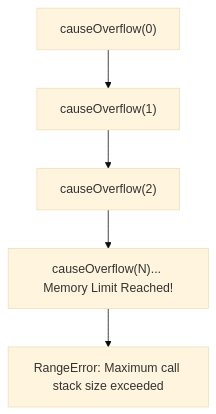
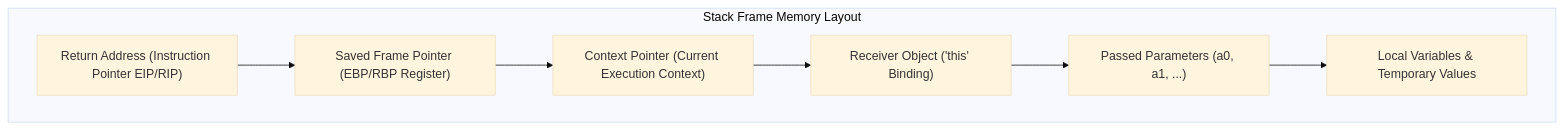
Before and after one commit to Amie-dev/engineering-playbook: the second of 4 diagrams in js-internals/05-call-stack-deep-dive.md, drawn with Mermaid (base theme). The commit also changed other lines of this file and 17 other files, not shown here.

````diff
--- a/js-internals/05-call-stack-deep-dive.md
+++ b/js-internals/05-call-stack-deep-dive.md
@@ -74,7 +29,10 @@
 ```mermaid
-flowchart TD
-    Rec1["causeOverflow(0)"] --> Rec2["causeOverflow(1)"]
-    Rec2 --> Rec3["causeOverflow(2)"]
-    Rec3 --> RecN["causeOverflow(N)... Memory Limit Reached!"]
-    RecN --> Crash["RangeError: Maximum call stack size exceeded"]
+graph TD
+    subgraph Stack Frame Memory Layout
+        RetAddr["Return Address (Instruction Pointer EIP/RIP)"] --> SavedFP["Saved Frame Pointer (EBP/RBP Register)"]
+        SavedFP --> ContextPtr["Context Pointer (Current Execution Context)"]
+        ContextPtr --> ReceiverThis["Receiver Object ('this' Binding)"]
+        ReceiverThis --> Params["Passed Parameters (a0, a1, ...)"]
+        Params --> Locals["Local Variables & Temporary Values"]
+    end
 ```
````
